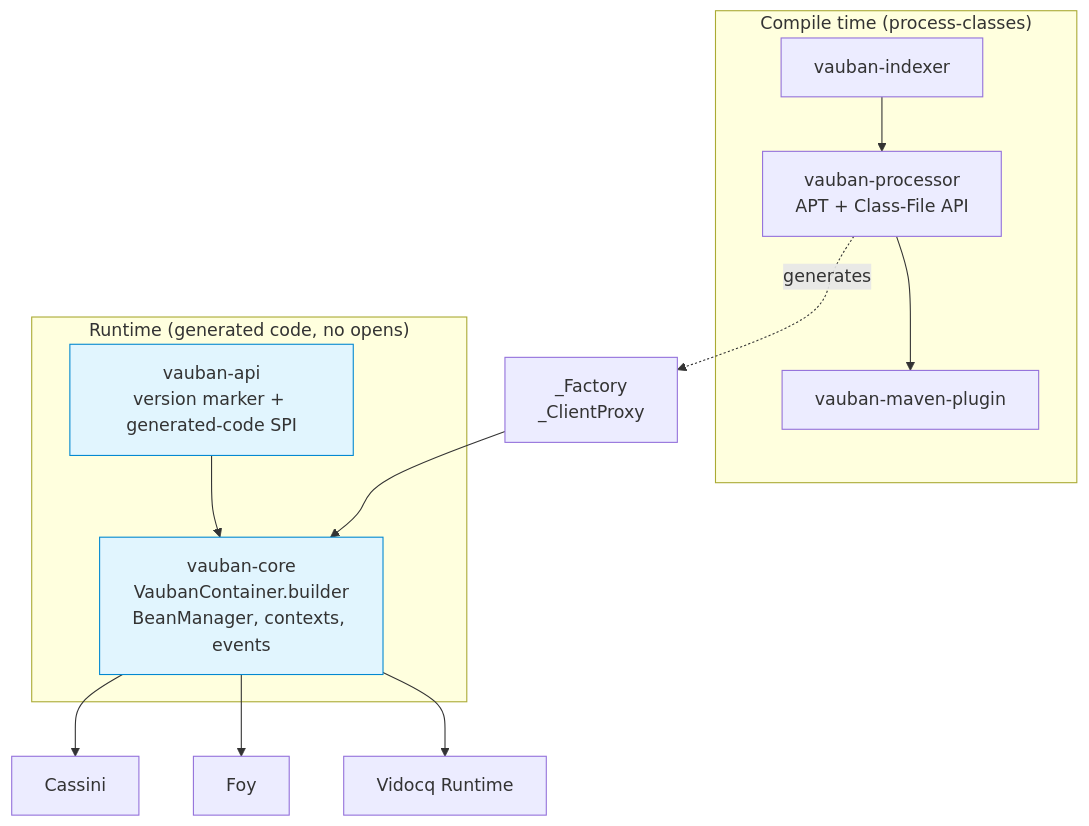
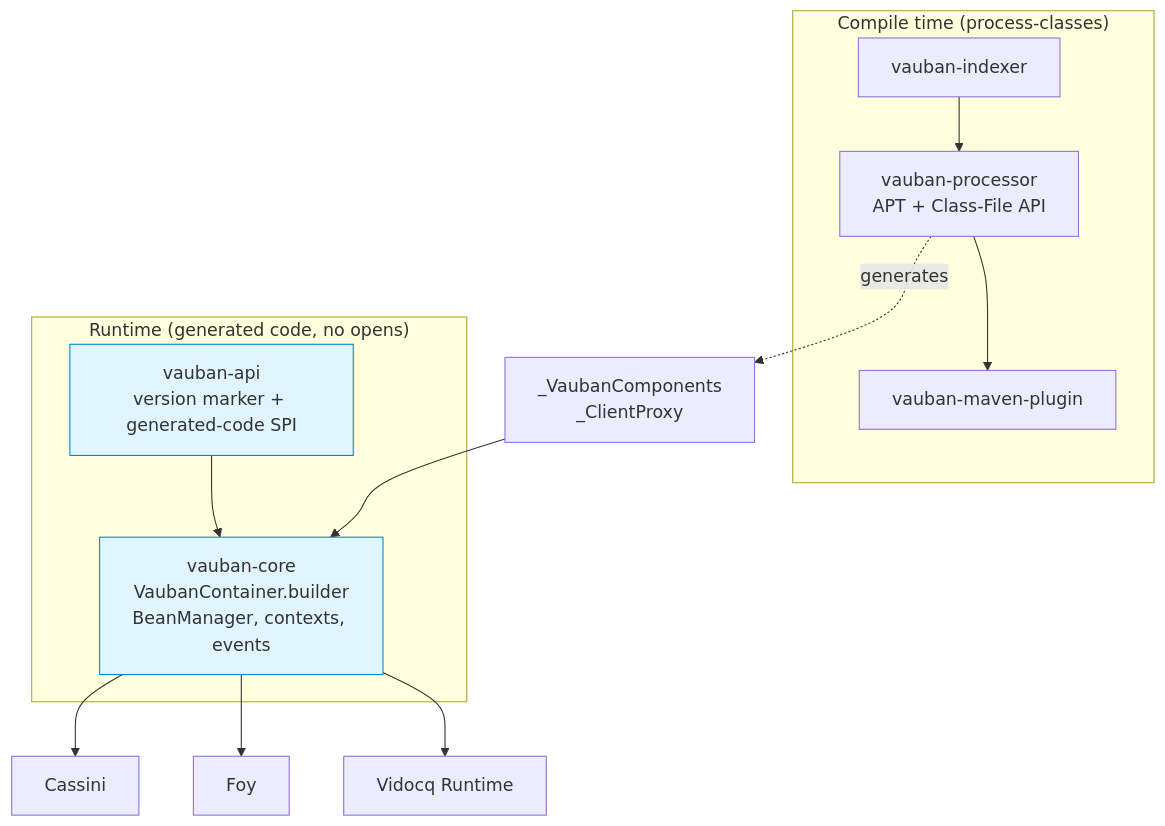
One commit to vidocq-stack/vauban changed the diagram in docs/en/modules/ROOT/pages/index.adoc. Above: the diagram before and after it, drawn with Mermaid. The commit also changed other lines of this file and 17 other files, not shown here.

```diff
--- a/docs/en/modules/ROOT/pages/index.adoc
+++ b/docs/en/modules/ROOT/pages/index.adoc
@@ -41,23 +41,23 @@
 [mermaid]
 ....
 graph TB
   subgraph Build["Compile time (process-classes)"]
     IDX[vauban-indexer]
     PROC[vauban-processor<br/>APT + Class-File API]
     PLUGIN[vauban-maven-plugin]
     IDX --> PROC
     PROC --> PLUGIN
   end
   subgraph Runtime["Runtime (generated code, no opens)"]
     API[vauban-api<br/>version marker + generated-code SPI]
     CORE[vauban-core<br/>VaubanContainer.builder<br/>BeanManager, contexts, events]
     API --> CORE
   end
-  PROC -.generates.-> FACT[_Factory<br/>_ClientProxy]
+  PROC -.generates.-> FACT[_VaubanComponents<br/>_ClientProxy]
   FACT --> CORE
   CORE --> CASSINI[Cassini]
   CORE --> FOY[Foy]
   CORE --> MPS[Vidocq Runtime]
   classDef rt fill:#e1f5fe,stroke:#0288d1
   class CORE,API rt
 ....
```
